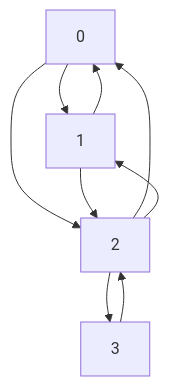
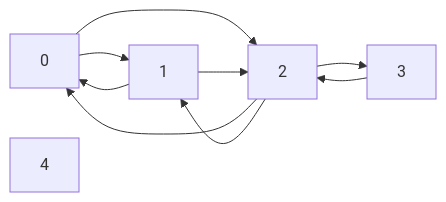
One commit to ShayGali/sp2_ex1 changed the second of 2 diagrams in tests_readme.md. Above: the diagram before and after it, drawn with Mermaid.

````diff
--- a/tests_readme.md
+++ b/tests_readme.md
@@ -29,11 +29,12 @@
 ```mermaid
-graph TD;
+graph LR;
     A[0]-->B[1];
     A[0]-->C[2];
     B[1]-->A[0];
     B[1]-->C[2];
     C[2]-->A[0];
     C[2]-->B[1];
     C[2]-->D[3];
     D[3]-->C[2];
+    E[4];
 ```
````
